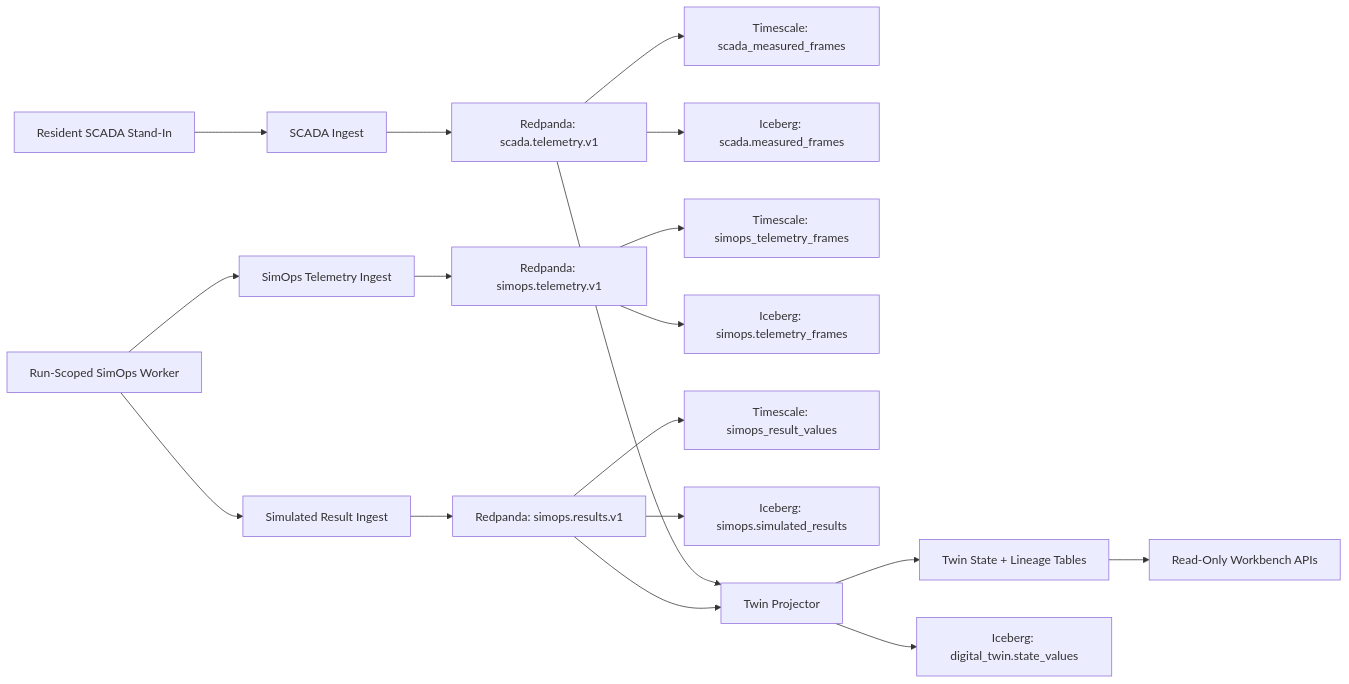
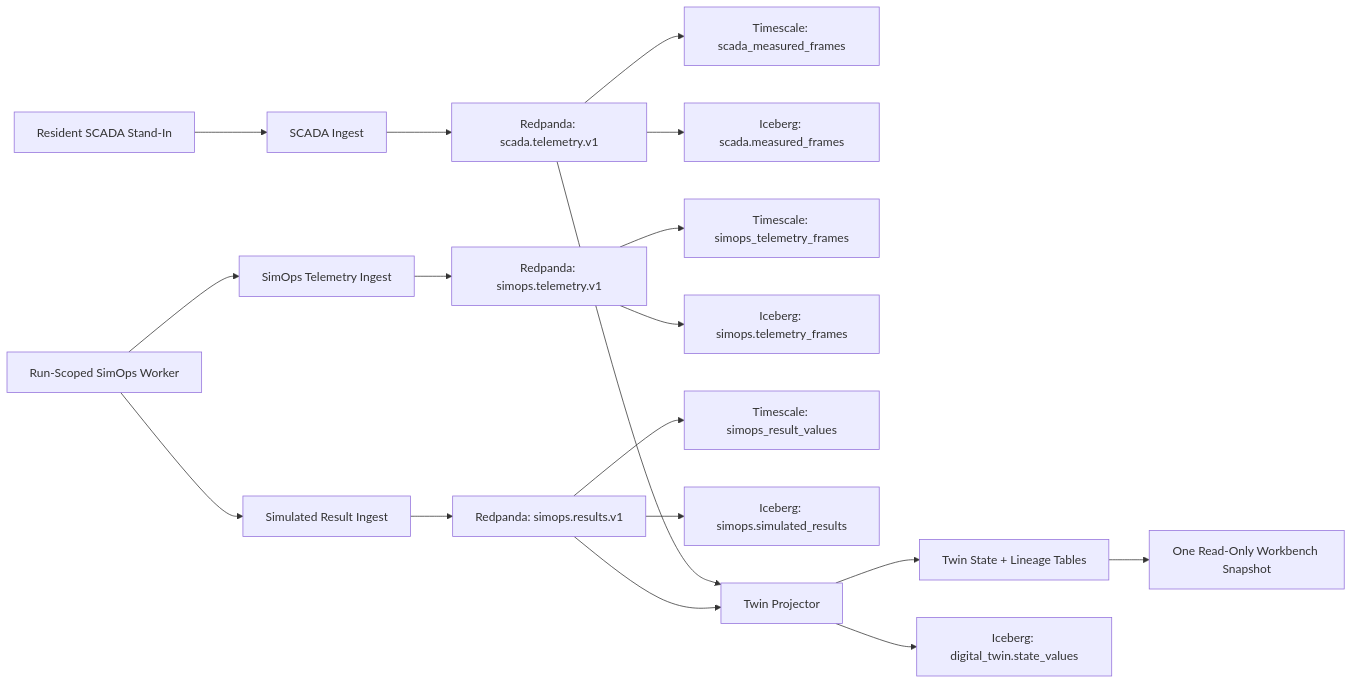
One commit to Nathan-E-White/radiant-prj changed the first of 2 diagrams in docs/design/simulator-workbench-backend-dataflow-slice.md. Above: the diagram before and after it, drawn with Mermaid. The commit also changed other lines of this file and 53 other files, not shown here.

Commit message:
Seal workbench reads behind snapshot

````diff
--- a/docs/design/simulator-workbench-backend-dataflow-slice.md
+++ b/docs/design/simulator-workbench-backend-dataflow-slice.md
@@ -28,23 +28,23 @@
 ```mermaid
 flowchart LR
   SCADA["Resident SCADA Stand-In"] --> SCADA_INGEST["SCADA Ingest"]
   SCADA_INGEST --> SCADA_TOPIC["Redpanda: scada.telemetry.v1"]
   SCADA_TOPIC --> SCADA_TS["Timescale: scada_measured_frames"]
   SCADA_TOPIC --> SCADA_LAKE["Iceberg: scada.measured_frames"]
 
   SIM["Run-Scoped SimOps Worker"] --> SIM_TEL["SimOps Telemetry Ingest"]
   SIM_TEL --> SIM_TOPIC["Redpanda: simops.telemetry.v1"]
   SIM_TOPIC --> SIM_TS["Timescale: simops_telemetry_frames"]
   SIM_TOPIC --> SIM_LAKE["Iceberg: simops.telemetry_frames"]
 
   SIM --> RESULT_INGEST["Simulated Result Ingest"]
   RESULT_INGEST --> RESULT_TOPIC["Redpanda: simops.results.v1"]
   RESULT_TOPIC --> RESULT_TS["Timescale: simops_result_values"]
   RESULT_TOPIC --> RESULT_LAKE["Iceberg: simops.simulated_results"]
 
   SCADA_TOPIC --> TWIN["Twin Projector"]
   RESULT_TOPIC --> TWIN
   TWIN --> TWIN_STATE["Twin State + Lineage Tables"]
   TWIN --> TWIN_LAKE["Iceberg: digital_twin.state_values"]
-  TWIN_STATE --> API["Read-Only Workbench APIs"]
+  TWIN_STATE --> API["One Read-Only Workbench Snapshot"]
 ```
````
